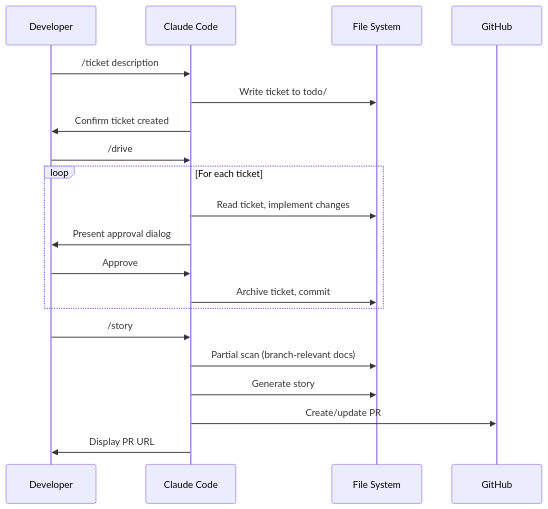
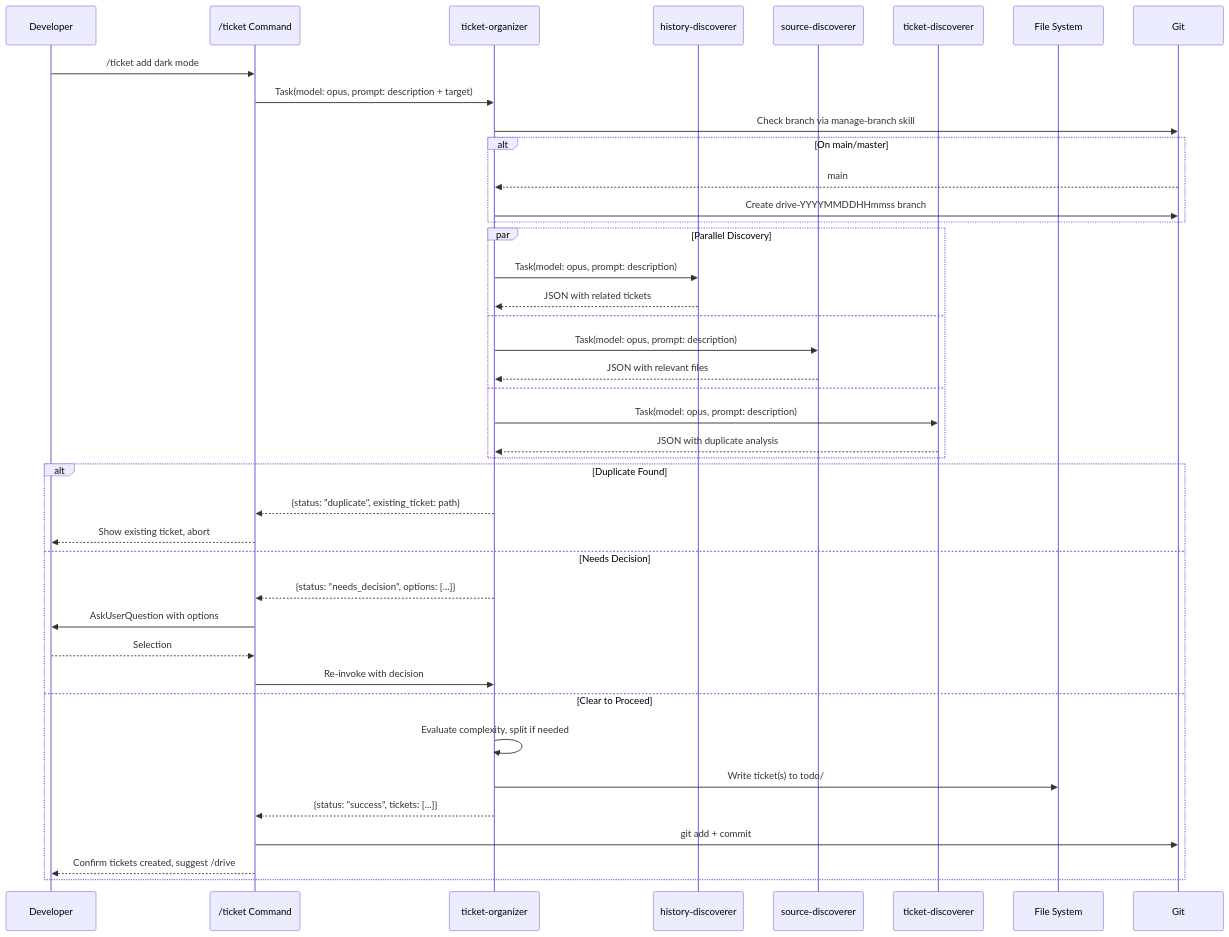
Before and after one commit to qmu/workaholic: the first of 4 diagrams in .workaholic/specs/usecase.md, drawn with Mermaid. The commit also changed other lines of this file and 42 other files, not shown here.

````diff
--- a/.workaholic/specs/usecase.md
+++ b/.workaholic/specs/usecase.md
@@ -67,25 +88,46 @@
 ```mermaid
 sequenceDiagram
     participant Dev as Developer
-    participant CC as Claude Code
+    participant Cmd as /ticket Command
+    participant TO as ticket-organizer
+    participant HD as history-discoverer
+    participant SD as source-discoverer
+    participant TD as ticket-discoverer
     participant FS as File System
-    participant GH as GitHub
+    participant Git as Git
 
-    Dev->>CC: /ticket description
-    CC->>FS: Write ticket to todo/
-    CC->>Dev: Confirm ticket created
-
-    Dev->>CC: /drive
-    loop For each ticket
-        CC->>FS: Read ticket, implement changes
-        CC->>Dev: Present approval dialog
-        Dev->>CC: Approve
-        CC->>FS: Archive ticket, commit
+    Dev->>Cmd: /ticket add dark mode
+    Cmd->>TO: Task(model: opus, prompt: description + target)
+    TO->>Git: Check branch via manage-branch skill
+    alt On main/master
+        Git-->>TO: main
+        TO->>Git: Create drive-YYYYMMDDHHmmss branch
     end
 
-    Dev->>CC: /story
-    CC->>FS: Partial scan (branch-relevant docs)
-    CC->>FS: Generate story
-    CC->>GH: Create/update PR
-    CC->>Dev: Display PR URL
+    par Parallel Discovery
+        TO->>HD: Task(model: opus, prompt: description)
+        HD-->>TO: JSON with related tickets
+    and
+        TO->>SD: Task(model: opus, prompt: description)
+        SD-->>TO: JSON with relevant files
+    and
+        TO->>TD: Task(model: opus, prompt: description)
+        TD-->>TO: JSON with duplicate analysis
+    end
+
+    alt Duplicate Found
+        TO-->>Cmd: {status: "duplicate", existing_ticket: path}
+        Cmd-->>Dev: Show existing ticket, abort
+    else Needs Decision
+        TO-->>Cmd: {status: "needs_decision", options: [...]}
+        Cmd->>Dev: AskUserQuestion with options
+        Dev-->>Cmd: Selection
+        Cmd->>TO: Re-invoke with decision
+    else Clear to Proceed
+        TO->>TO: Evaluate complexity, split if needed
+        TO->>FS: Write ticket(s) to todo/
+        TO-->>Cmd: {status: "success", tickets: [...]}
+        Cmd->>Git: git add + commit
+        Cmd-->>Dev: Confirm tickets created, suggest /drive
+    end
 ```
````
